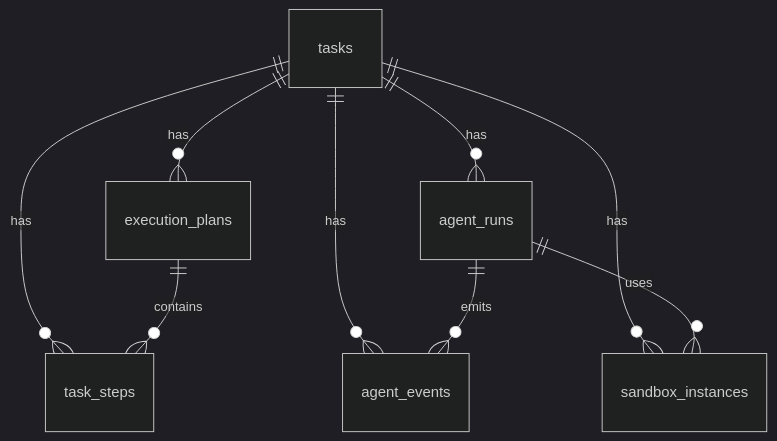
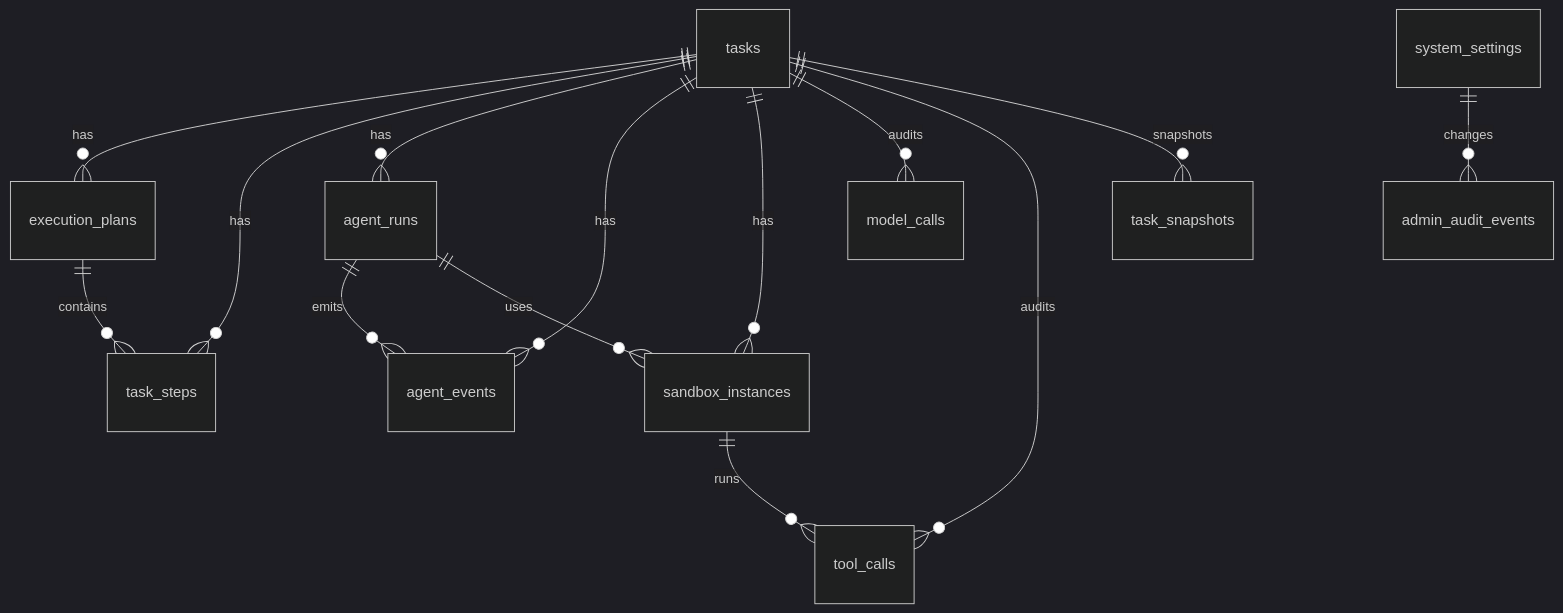
The diagram in docs/ai/reference/database-erd-migrations.md (luohao0308/harness), drawn with Mermaid (dark theme) before and after one commit. The commit also changed other lines of this file and 68 other files, not shown here.

````diff
--- a/docs/ai/reference/database-erd-migrations.md
+++ b/docs/ai/reference/database-erd-migrations.md
@@ -7,11 +7,16 @@
 ```mermaid
 erDiagram
     tasks ||--o{ execution_plans : has
     tasks ||--o{ task_steps : has
     tasks ||--o{ agent_runs : has
     tasks ||--o{ agent_events : has
     tasks ||--o{ sandbox_instances : has
+    tasks ||--o{ model_calls : audits
+    tasks ||--o{ tool_calls : audits
+    tasks ||--o{ task_snapshots : snapshots
     execution_plans ||--o{ task_steps : contains
     agent_runs ||--o{ agent_events : emits
     agent_runs ||--o{ sandbox_instances : uses
+    sandbox_instances ||--o{ tool_calls : runs
+    system_settings ||--o{ admin_audit_events : changes
 ```
````
